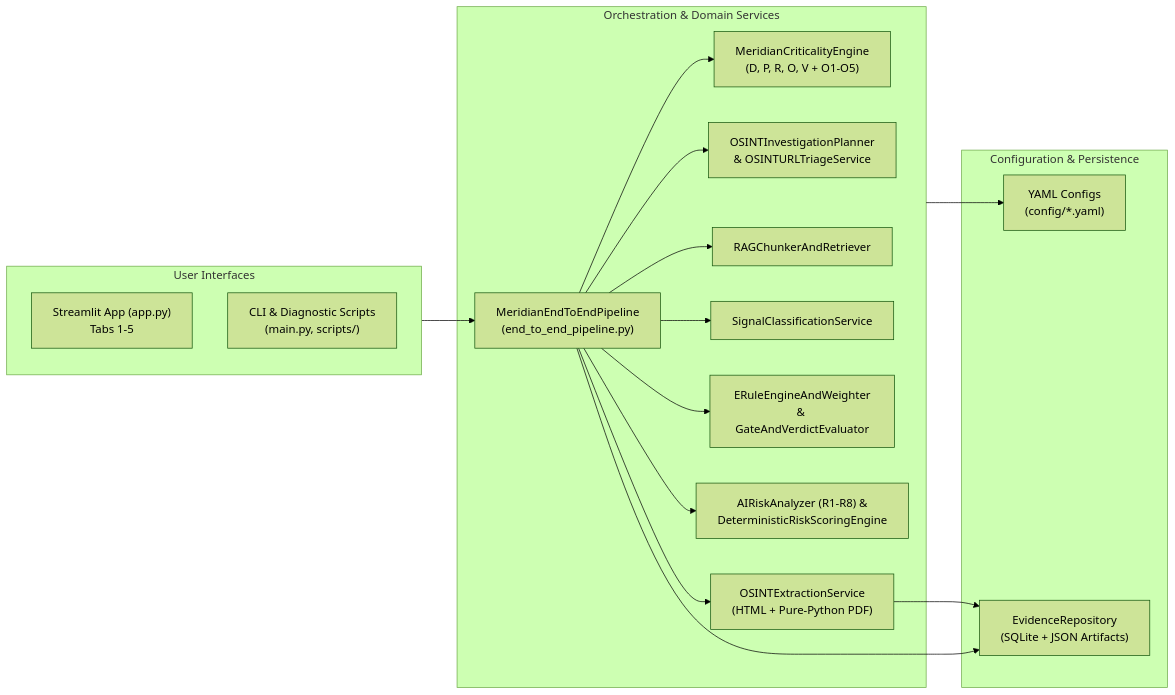
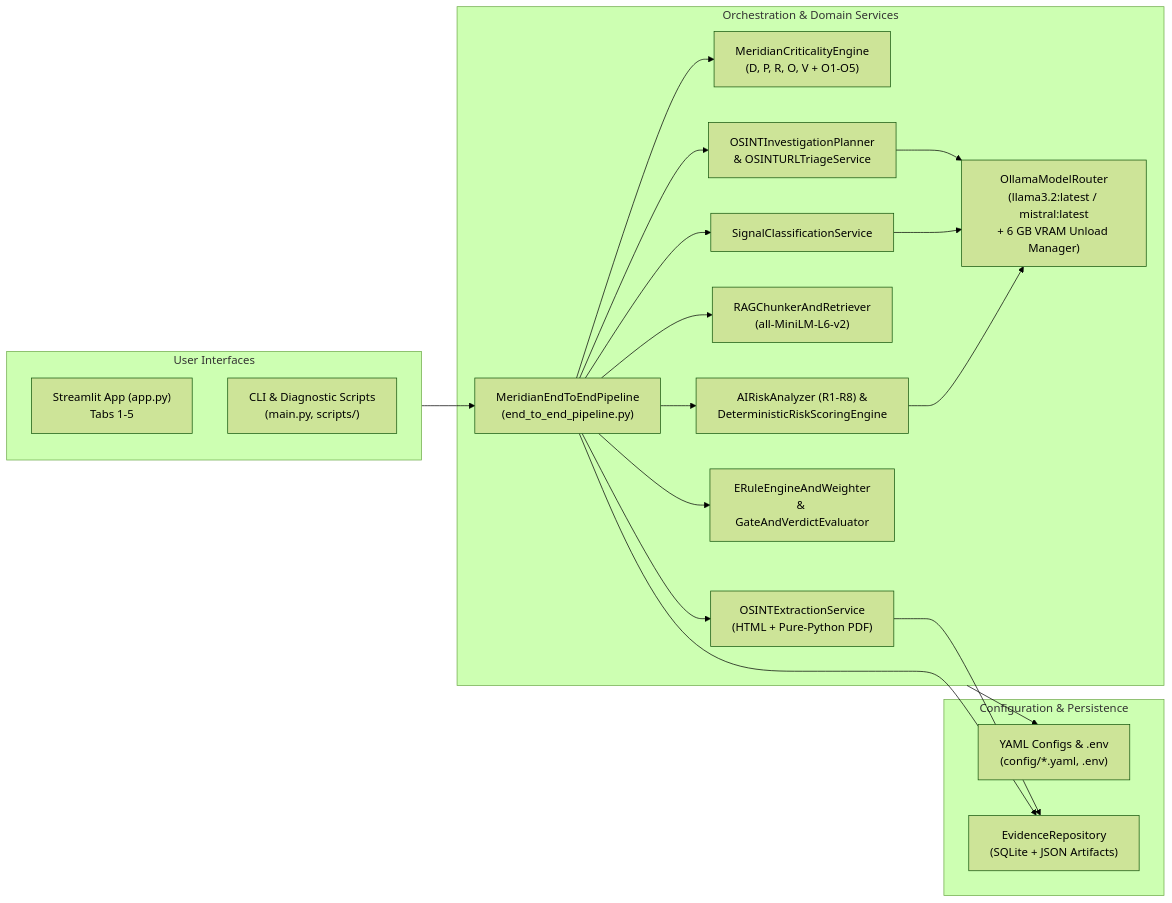
The second of 2 diagrams in README.md (shivanshu-singh-dev/UncoverAI), drawn with Mermaid (forest theme) before and after one commit. The commit also changed other lines of this file and 20 other files, not shown here.

````diff
--- a/README.md
+++ b/README.md
@@ -56,35 +56,39 @@
 ```mermaid
 flowchart LR
     subgraph UI["User Interfaces"]
         ST["Streamlit App (app.py)\nTabs 1-5"]
         CLI["CLI & Diagnostic Scripts\n(main.py, scripts/)"]
     end
 
     subgraph Core["Orchestration & Domain Services"]
         PIPE["MeridianEndToEndPipeline\n(end_to_end_pipeline.py)"]
         CRIT["MeridianCriticalityEngine\n(D, P, R, O, V + O1-O5)"]
         PLAN["OSINTInvestigationPlanner\n& OSINTURLTriageService"]
         EXT["OSINTExtractionService\n(HTML + Pure-Python PDF)"]
-        RAG["RAGChunkerAndRetriever"]
+        RAG["RAGChunkerAndRetriever\n(all-MiniLM-L6-v2)"]
         CLS["SignalClassificationService"]
         EVD["ERuleEngineAndWeighter\n& GateAndVerdictEvaluator"]
         RSK["AIRiskAnalyzer (R1-R8) &\nDeterministicRiskScoringEngine"]
+        RTR["OllamaModelRouter\n(llama3.2:latest / mistral:latest\n+ 6 GB VRAM Unload Manager)"]
     end
 
     subgraph Storage["Configuration & Persistence"]
-        CFG["YAML Configs\n(config/*.yaml)"]
+        CFG["YAML Configs & .env\n(config/*.yaml, .env)"]
         DB["EvidenceRepository\n(SQLite + JSON Artifacts)"]
     end
 
     UI --> PIPE
     PIPE --> CRIT
     PIPE --> PLAN
     PIPE --> EXT
     PIPE --> RAG
     PIPE --> CLS
     PIPE --> EVD
     PIPE --> RSK
+    PLAN --> RTR
+    CLS --> RTR
+    RSK --> RTR
     Core --> CFG
     EXT --> DB
     PIPE --> DB
 ```
````
